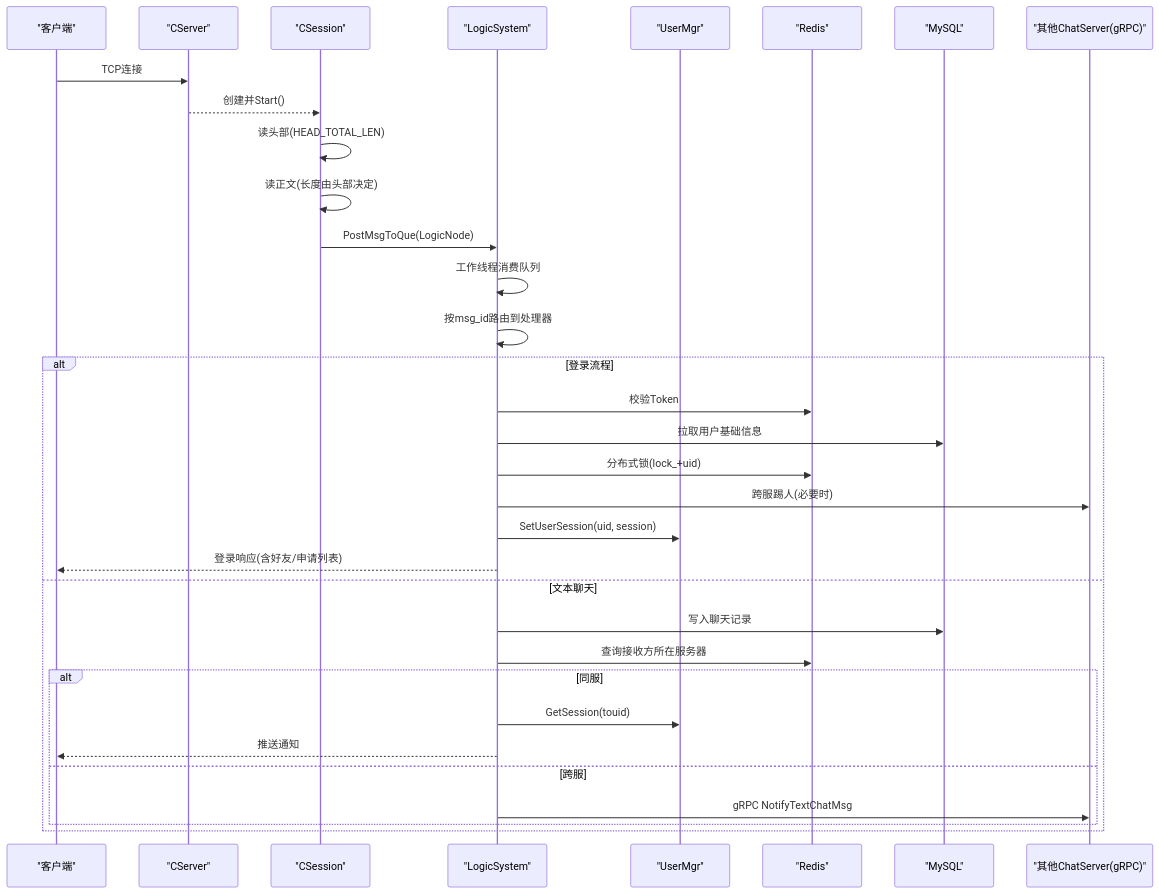
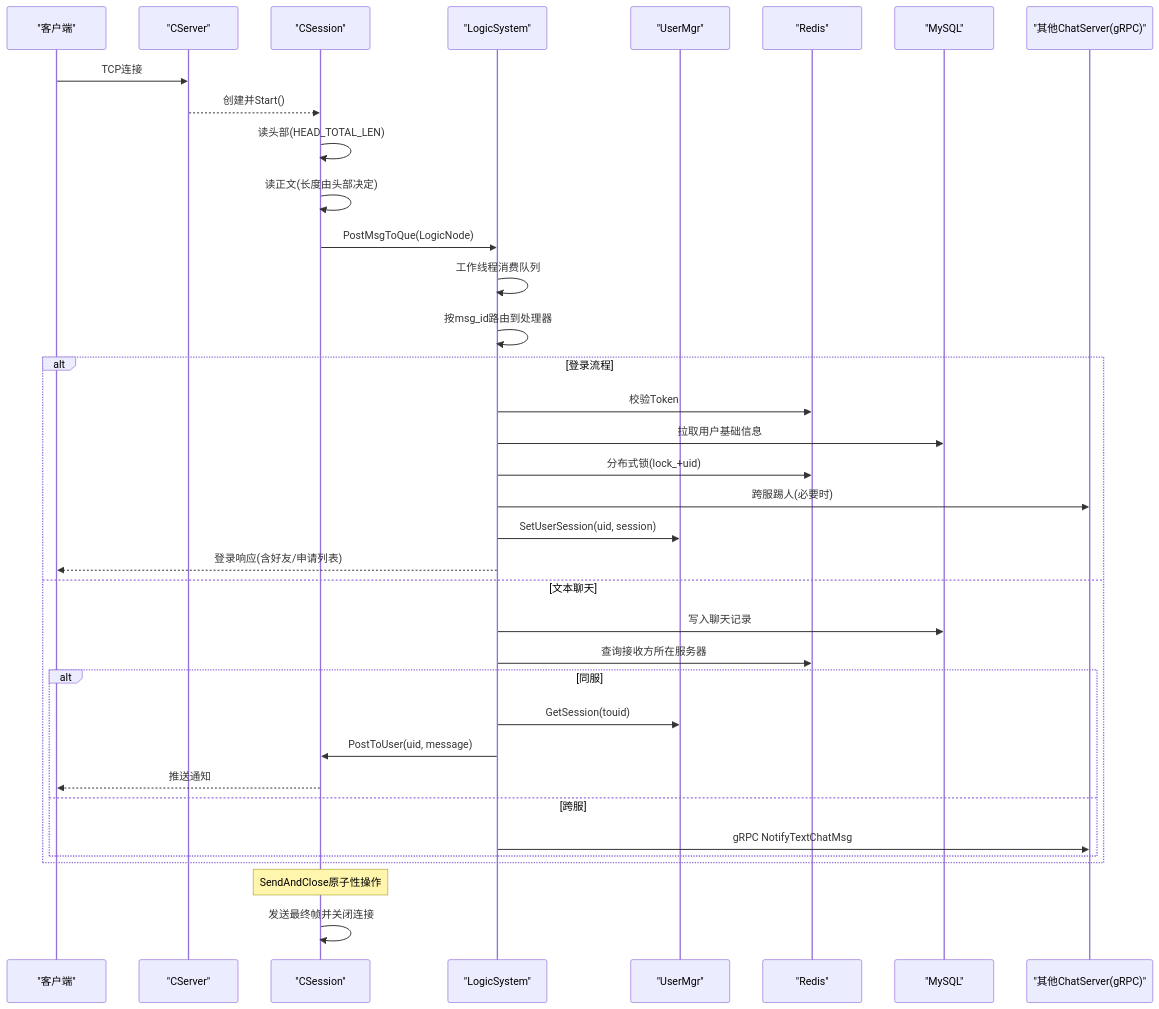
The second of 7 diagrams in .qoder/repowiki/zh/content/服务端开发/ChatServer聊天核心服务/ChatServer聊天核心服务.md (echo9923/mychatter), drawn with Mermaid before and after one commit. The commit also changed other lines of this file and 54 other files, not shown here.

````diff
--- a/.qoder/repowiki/zh/content/服务端开发/ChatServer聊天核心服务/ChatServer聊天核心服务.md
+++ b/.qoder/repowiki/zh/content/服务端开发/ChatServer聊天核心服务/ChatServer聊天核心服务.md
@@ -93,35 +102,38 @@
 ```mermaid
 sequenceDiagram
 participant Client as "客户端"
 participant Server as "CServer"
 participant Session as "CSession"
 participant Logic as "LogicSystem"
 participant UMgr as "UserMgr"
 participant Redis as "Redis"
 participant DB as "MySQL"
 participant Peer as "其他ChatServer(gRPC)"
 Client->>Server : TCP连接
 Server-->>Session : 创建并Start()
 Session->>Session : 读头部(HEAD_TOTAL_LEN)
 Session->>Session : 读正文(长度由头部决定)
 Session->>Logic : PostMsgToQue(LogicNode)
 Logic->>Logic : 工作线程消费队列
 Logic->>Logic : 按msg_id路由到处理器
 alt 登录流程
 Logic->>Redis : 校验Token
 Logic->>DB : 拉取用户基础信息
 Logic->>Redis : 分布式锁(lock_+uid)
 Logic->>Peer : 跨服踢人(必要时)
 Logic->>UMgr : SetUserSession(uid, session)
 Logic-->>Client : 登录响应(含好友/申请列表)
 else 文本聊天
 Logic->>DB : 写入聊天记录
 Logic->>Redis : 查询接收方所在服务器
 alt 同服
 Logic->>UMgr : GetSession(touid)
-Logic-->>Client : 推送通知
+Logic->>Session : PostToUser(uid, message)
+Session-->>Client : 推送通知
 else 跨服
 Logic->>Peer : gRPC NotifyTextChatMsg
 end
 end
+Note over Session : SendAndClose原子性操作
+Session->>Session : 发送最终帧并关闭连接
 ```
````
